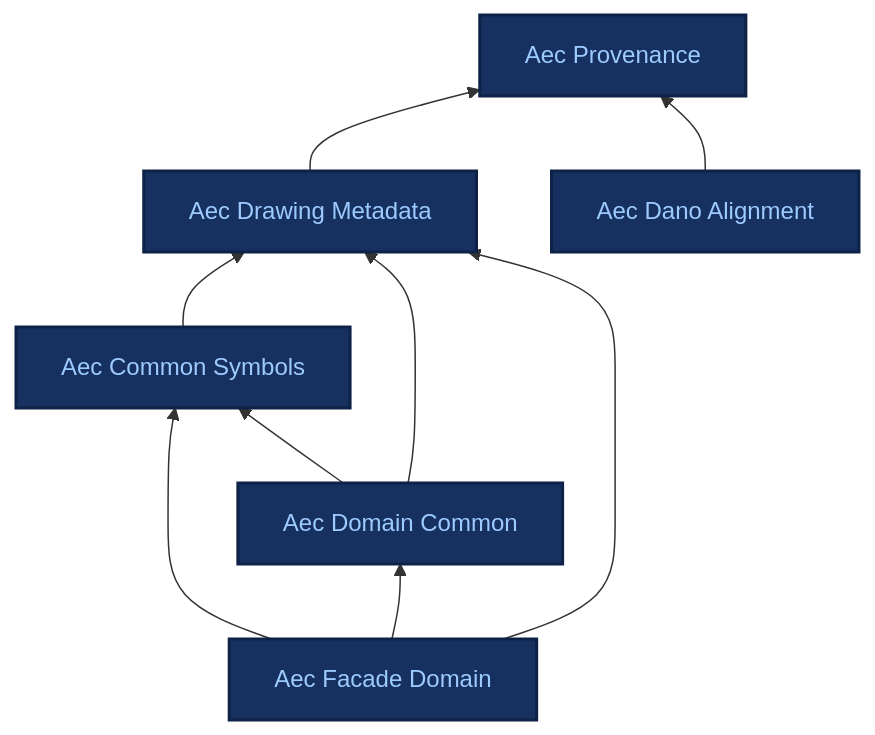
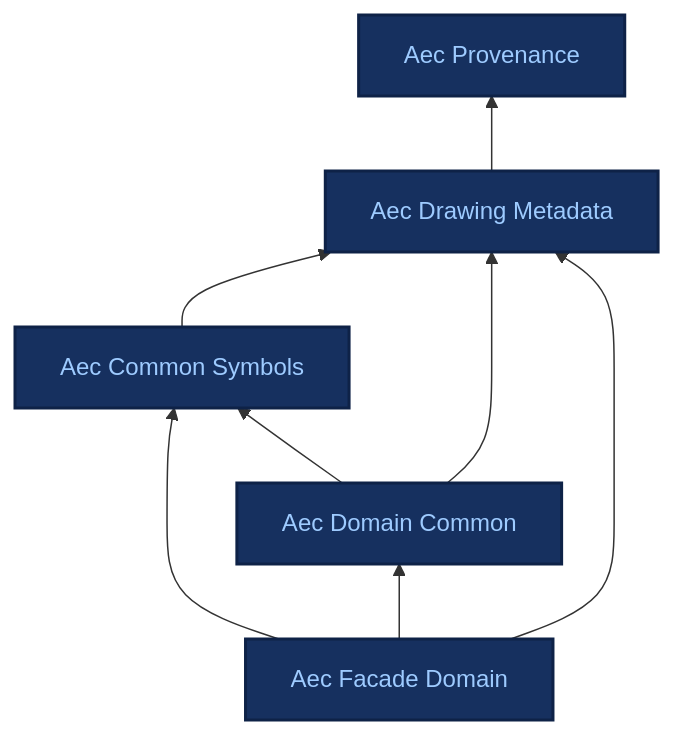
One commit to BuroHappoldMachineLearning/ADIRO changed the diagram in docs/ontologies/index.md. Above: the diagram before and after it, drawn with Mermaid. The commit also changed other lines of this file and 23 other files, not shown here.

First line of the commit message:
feat(aec_dano_alignment)!: remove the DAnO compatibility layer; keep the comparison as documentation only

````diff
--- a/docs/ontologies/index.md
+++ b/docs/ontologies/index.md
@@ -9,26 +9,23 @@
 ```mermaid
 %%{init: {"themeCSS": ".base .nodeLabel,.base .nodeLabel p,.base text,.base tspan{fill:#9ecbff !important;color:#9ecbff !important}.current .nodeLabel,.current .nodeLabel p,.current text,.current tspan{fill:#16305f !important;color:#16305f !important}"} }%%
 graph BT
     aec_provenance["Aec Provenance"]
     aec_drawing_metadata["Aec Drawing Metadata"]
     aec_common_symbols["Aec Common Symbols"]
     aec_domain_common["Aec Domain Common"]
     aec_facade_domain["Aec Facade Domain"]
-    aec_dano_alignment["Aec Dano Alignment"]
     aec_drawing_metadata --> aec_provenance
     aec_common_symbols --> aec_drawing_metadata
     aec_domain_common --> aec_common_symbols
     aec_domain_common --> aec_drawing_metadata
     aec_facade_domain --> aec_common_symbols
     aec_facade_domain --> aec_domain_common
     aec_facade_domain --> aec_drawing_metadata
-    aec_dano_alignment --> aec_provenance
     click aec_provenance "aec_provenance/" "Aec Provenance reference page"
     click aec_drawing_metadata "aec_drawing_metadata/" "Aec Drawing Metadata reference page"
     click aec_common_symbols "aec_common_symbols/" "Aec Common Symbols reference page"
     click aec_domain_common "aec_domain_common/" "Aec Domain Common reference page"
     click aec_facade_domain "aec_facade_domain/" "Aec Facade Domain reference page"
-    click aec_dano_alignment "aec_dano_alignment/" "Aec Dano Alignment reference page"
     classDef base fill:#16305f,stroke:#0e2247,stroke-width:2px,color:#9ecbff;
-    class aec_provenance,aec_drawing_metadata,aec_common_symbols,aec_domain_common,aec_facade_domain,aec_dano_alignment base;
+    class aec_provenance,aec_drawing_metadata,aec_common_symbols,aec_domain_common,aec_facade_domain base;
 ```
````
